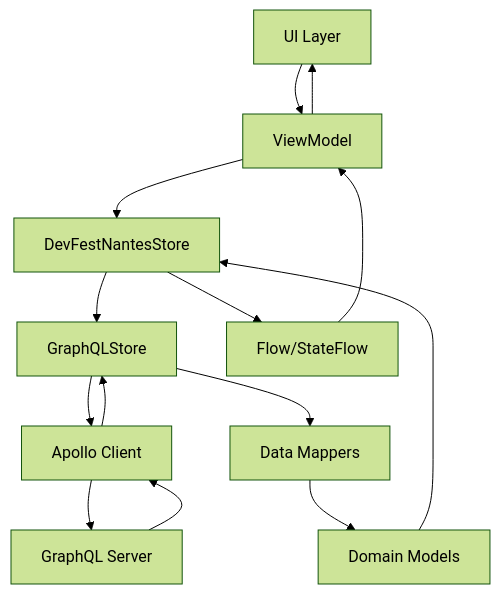
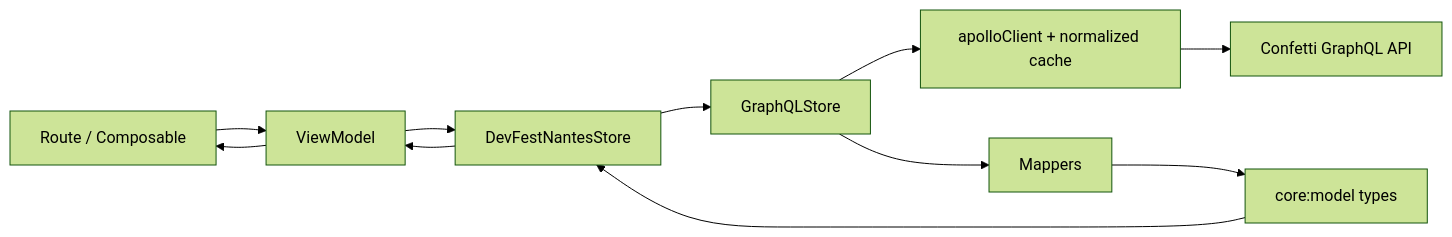
The diagram in documentation/ARCHITECTURE.md (GDG-Nantes/DevfestNantesMobile), drawn with Mermaid (forest theme) before and after one commit. The commit also changed other lines of this file and 8 other files, not shown here.

````diff
--- a/documentation/ARCHITECTURE.md
+++ b/documentation/ARCHITECTURE.md
@@ -142,16 +155,10 @@
 ```mermaid
-graph TB
-    A[UI Layer] --> B[ViewModel]
-    B --> C[DevFestNantesStore]
-    C --> D[GraphQLStore]
-    D --> E[Apollo Client]
-    E --> F[GraphQL Server]
-    F --> E
-    E --> D
-    D --> G[Data Mappers]
-    G --> H[Domain Models]
-    H --> C
-    C --> I[Flow/StateFlow]
-    I --> B
-    B --> A
+graph LR
+    UI[Route / Composable] --> VM[ViewModel]
+    VM --> Store[DevFestNantesStore]
+    Store --> GQL[GraphQLStore]
+    GQL --> Apollo[apolloClient + normalized cache]
+    Apollo --> API[Confetti GraphQL API]
+    GQL --> Map[Mappers] --> Model[core:model types]
+    Model --> Store --> VM --> UI
 ```
````
